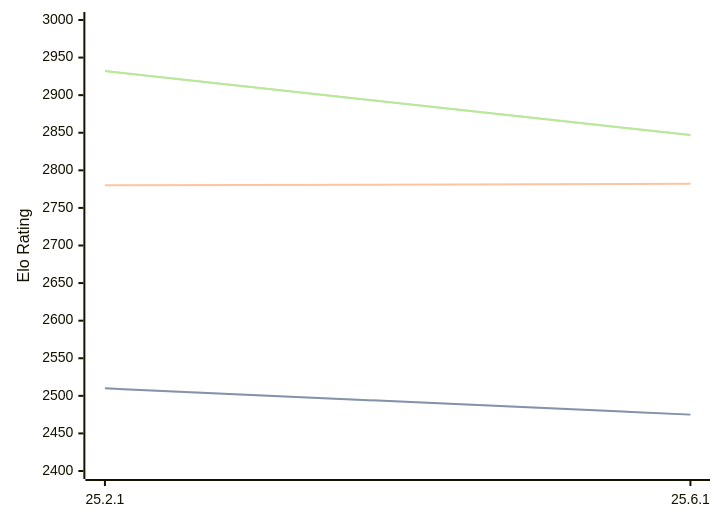
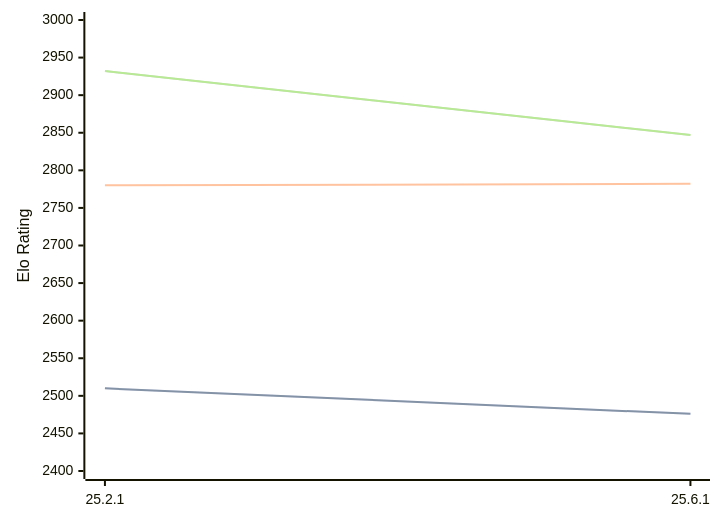
Before and after one commit to computer-chess-index/cci: the diagram in engines/Crafty.md, drawn with Mermaid. The commit also changed other lines of this file, not shown here.

````diff
--- a/engines/Crafty.md
+++ b/engines/Crafty.md
@@ -32,11 +32,11 @@
 ```mermaid
 %%{init: {"theme":"base","themeVariables":{"seriesColors:['#a3a3a3','#222221','#faa371']}}}%%
 xychart-beta
   x-axis ["25.2.1", "25.6.1"]
   y-axis "Elo Rating" 2400 --> 3000
-  line "" [2510, 2475]
-  line "STC (8.0+0.08s)" [2510, 2475]
+  line "" [2510, 2476]
+  line "STC (8.0+0.08s)" [2510, 2476]
   line "LTC (60.0+0.60s)" [2780, 2782]
   line "" [2932, 2847]
   line "VLTC (2m24s+1.12s)" [2932, 2847]
 ```
````
